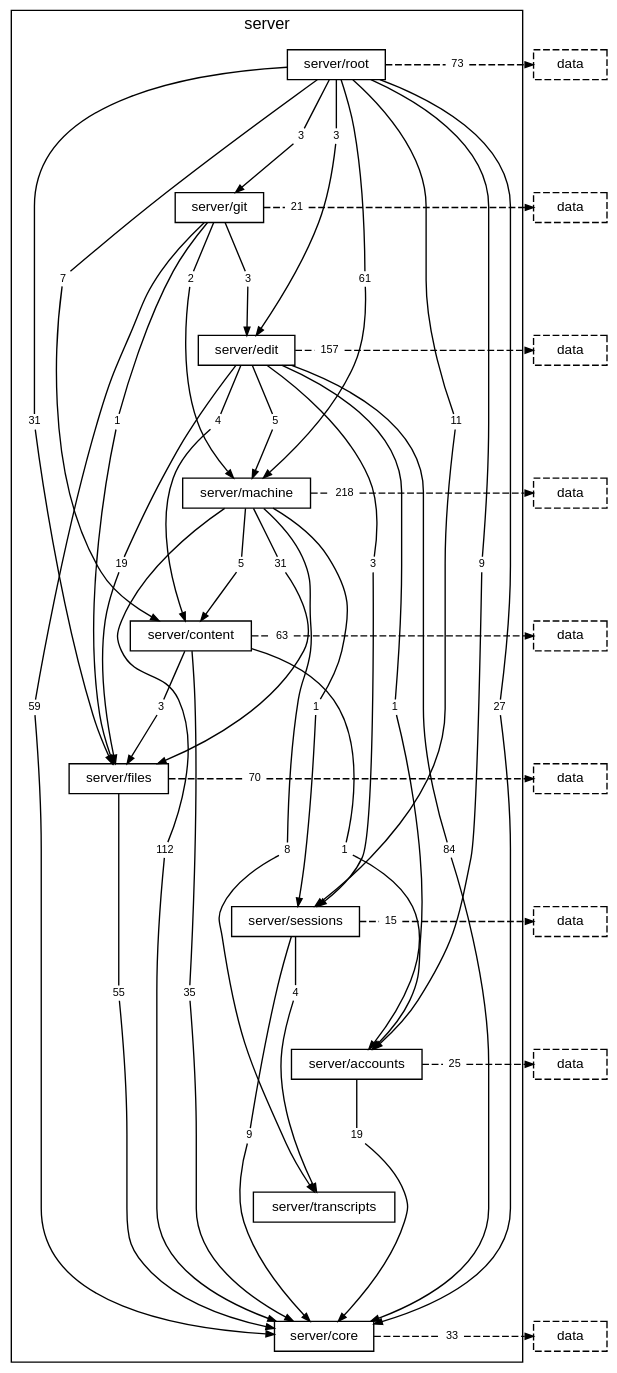
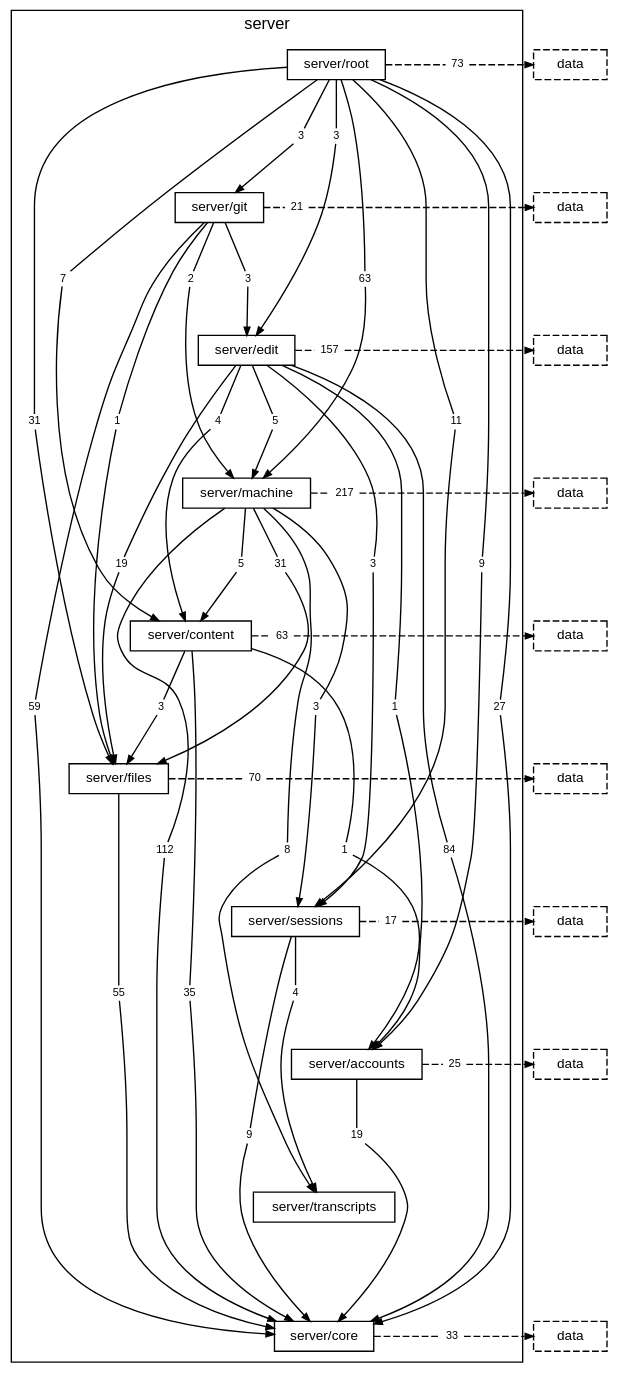
One commit to TheAxeC/oculus changed the diagram in docs/diagrams/layer-server.dot. Above: the diagram before and after it, drawn with Graphviz. The commit also changed 72 other files, not shown here.

First line of the commit message:
Free the server thread while sessions work, lay slides out ahead and unfold the command center's emails

```diff
--- a/docs/diagrams/layer-server.dot
+++ b/docs/diagrams/layer-server.dot
@@ -20,7 +20,7 @@
         "folder server/root to folder server/edit" [label="3", shape=box, color="transparent", fontsize=8, width=0, height=0, margin="0.04,0.02"];
         "folder server/root to folder server/files" [label="31", shape=box, color="transparent", fontsize=8, width=0, height=0, margin="0.04,0.02"];
         "folder server/root to folder server/git" [label="3", shape=box, color="transparent", fontsize=8, width=0, height=0, margin="0.04,0.02"];
-        "folder server/root to folder server/machine" [label="61", shape=box, color="transparent", fontsize=8, width=0, height=0, margin="0.04,0.02"];
+        "folder server/root to folder server/machine" [label="63", shape=box, color="transparent", fontsize=8, width=0, height=0, margin="0.04,0.02"];
         "folder server/root to folder server/sessions" [label="11", shape=box, color="transparent", fontsize=8, width=0, height=0, margin="0.04,0.02"];
         "folder server/root to layer data" [label="73", shape=box, color="transparent", fontsize=8, width=0, height=0, margin="0.04,0.02"];
         "folder server/git to folder server/core" [label="59", shape=box, color="transparent", fontsize=8, width=0, height=0, margin="0.04,0.02"];
@@ -38,9 +38,9 @@
         "folder server/machine to folder server/content" [label="5", shape=box, color="transparent", fontsize=8, width=0, height=0, margin="0.04,0.02"];
         "folder server/machine to folder server/core" [label="112", shape=box, color="transparent", fontsize=8, width=0, height=0, margin="0.04,0.02"];
         "folder server/machine to folder server/files" [label="31", shape=box, color="transparent", fontsize=8, width=0, height=0, margin="0.04,0.02"];
-        "folder server/machine to folder server/sessions" [label="1", shape=box, color="transparent", fontsize=8, width=0, height=0, margin="0.04,0.02"];
+        "folder server/machine to folder server/sessions" [label="3", shape=box, color="transparent", fontsize=8, width=0, height=0, margin="0.04,0.02"];
         "folder server/machine to folder server/transcripts" [label="8", shape=box, color="transparent", fontsize=8, width=0, height=0, margin="0.04,0.02"];
-        "folder server/machine to layer data" [label="218", shape=box, color="transparent", fontsize=8, width=0, height=0, margin="0.04,0.02"];
+        "folder server/machine to layer data" [label="217", shape=box, color="transparent", fontsize=8, width=0, height=0, margin="0.04,0.02"];
         "folder server/content to folder server/accounts" [label="1", shape=box, color="transparent", fontsize=8, width=0, height=0, margin="0.04,0.02"];
         "folder server/content to folder server/core" [label="35", shape=box, color="transparent", fontsize=8, width=0, height=0, margin="0.04,0.02"];
         "folder server/content to folder server/files" [label="3", shape=box, color="transparent", fontsize=8, width=0, height=0, margin="0.04,0.02"];
@@ -49,7 +49,7 @@
         "folder server/files to layer data" [label="70", shape=box, color="transparent", fontsize=8, width=0, height=0, margin="0.04,0.02"];
         "folder server/sessions to folder server/core" [label="9", shape=box, color="transparent", fontsize=8, width=0, height=0, margin="0.04,0.02"];
         "folder server/sessions to folder server/transcripts" [label="4", shape=box, color="transparent", fontsize=8, width=0, height=0, margin="0.04,0.02"];
-        "folder server/sessions to layer data" [label="15", shape=box, color="transparent", fontsize=8, width=0, height=0, margin="0.04,0.02"];
+        "folder server/sessions to layer data" [label="17", shape=box, color="transparent", fontsize=8, width=0, height=0, margin="0.04,0.02"];
         "folder server/accounts to folder server/core" [label="19", shape=box, color="transparent", fontsize=8, width=0, height=0, margin="0.04,0.02"];
         "folder server/accounts to layer data" [label="25", shape=box, color="transparent", fontsize=8, width=0, height=0, margin="0.04,0.02"];
         "folder server/core to layer data" [label="33", shape=box, color="transparent", fontsize=8, width=0, height=0, margin="0.04,0.02"];
```
